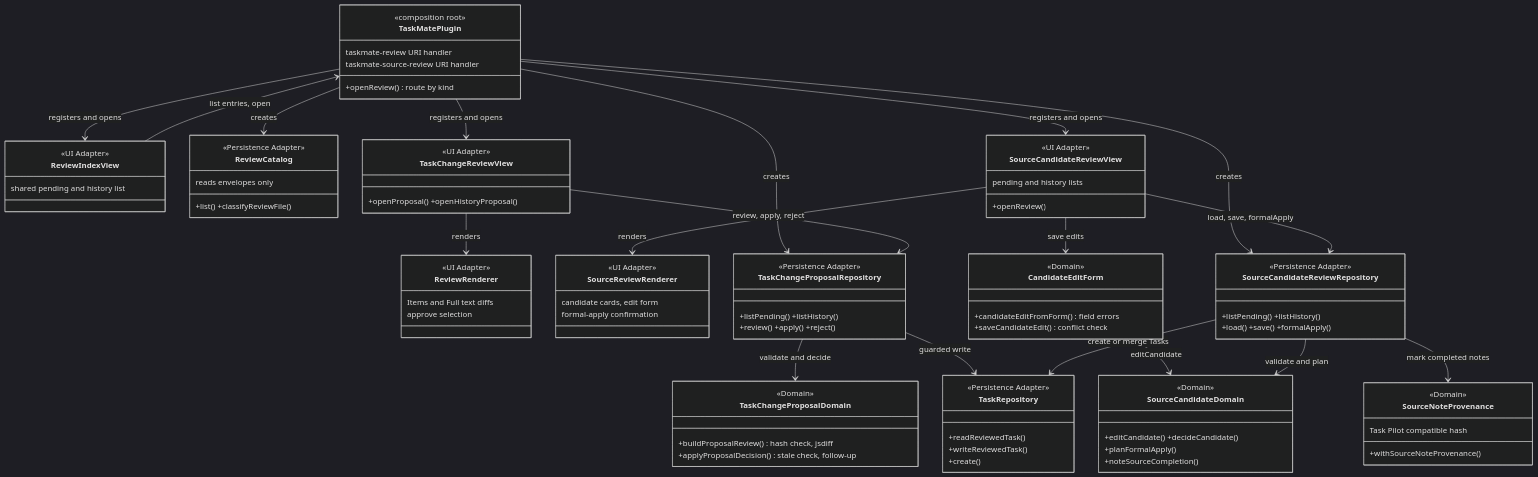
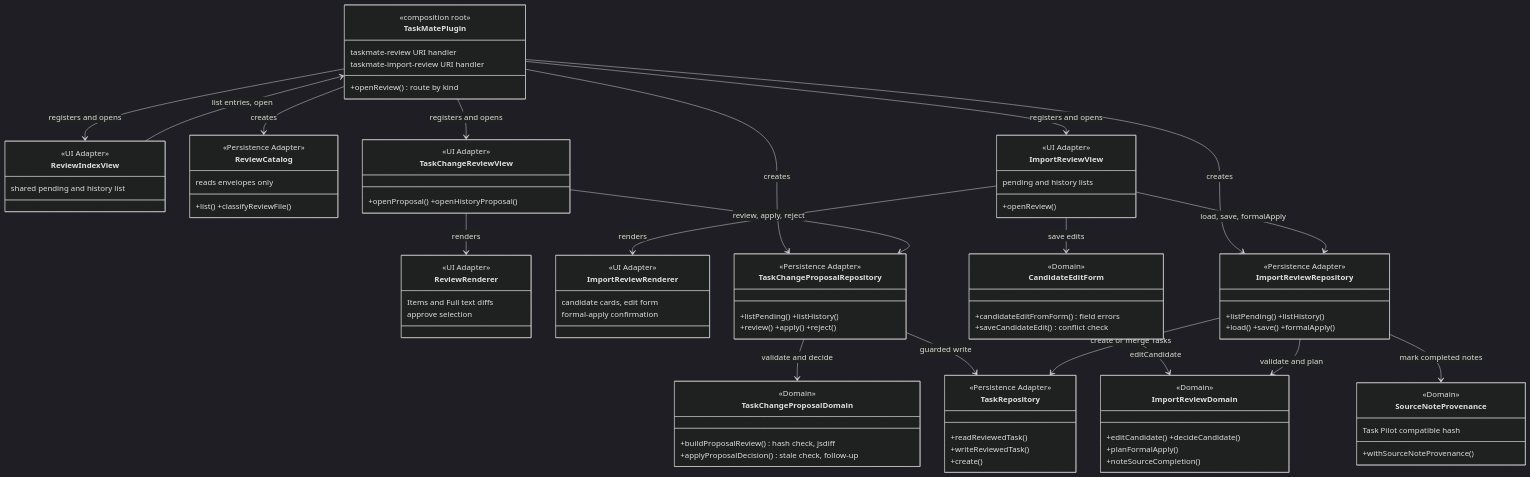
The fourth of 9 diagrams in docs/engineering/design/system-overview.md (tempu-village/taskmate), drawn with Mermaid (dark theme) before and after one commit. The commit also changed other lines of this file and 55 other files, not shown here.

First line of the commit message:
Rename the Source candidate review to Import review

````diff
--- a/docs/engineering/design/system-overview.md
+++ b/docs/engineering/design/system-overview.md
@@ -233,7 +233,7 @@
   class TaskMatePlugin {
     <<composition root>>
     taskmate-review URI handler
-    taskmate-source-review URI handler
+    taskmate-import-review URI handler
     +openReview() route by kind
   }
 
@@ -257,12 +257,12 @@
     approve selection
   }
 
-  class SourceCandidateReviewView {
+  class ImportReviewView {
     <<UI Adapter>>
     pending and history lists
     +openReview()
   }
-  class SourceReviewRenderer {
+  class ImportReviewRenderer {
     <<UI Adapter>>
     candidate cards, edit form
     formal-apply confirmation
@@ -278,7 +278,7 @@
     +buildProposalReview() hash check, jsdiff
     +applyProposalDecision() stale check, follow-up
   }
-  class SourceCandidateDomain {
+  class ImportReviewDomain {
     <<Domain>>
     +editCandidate() +decideCandidate()
     +planFormalApply()
@@ -290,7 +290,7 @@
     +listPending() +listHistory()
     +review() +apply() +reject()
   }
-  class SourceCandidateReviewRepository {
+  class ImportReviewRepository {
     <<Persistence Adapter>>
     +listPending() +listHistory()
     +load() +save() +formalApply()
@@ -317,13 +317,13 @@
   TaskChangeProposalRepository --> TaskChangeProposalDomain : validate and decide
   TaskChangeProposalRepository --> TaskRepository : guarded write
 
-  TaskMatePlugin --> SourceCandidateReviewView : registers and opens
-  TaskMatePlugin --> SourceCandidateReviewRepository : creates
-  SourceCandidateReviewView --> SourceReviewRenderer : renders
-  SourceCandidateReviewView --> CandidateEditForm : save edits
-  SourceCandidateReviewView --> SourceCandidateReviewRepository : load, save, formalApply
-  CandidateEditForm --> SourceCandidateDomain : editCandidate
-  SourceCandidateReviewRepository --> SourceCandidateDomain : validate and plan
-  SourceCandidateReviewRepository --> SourceNoteProvenance : mark completed notes
-  SourceCandidateReviewRepository --> TaskRepository : create or merge Tasks
+  TaskMatePlugin --> ImportReviewView : registers and opens
+  TaskMatePlugin --> ImportReviewRepository : creates
+  ImportReviewView --> ImportReviewRenderer : renders
+  ImportReviewView --> CandidateEditForm : save edits
+  ImportReviewView --> ImportReviewRepository : load, save, formalApply
+  CandidateEditForm --> ImportReviewDomain : editCandidate
+  ImportReviewRepository --> ImportReviewDomain : validate and plan
+  ImportReviewRepository --> SourceNoteProvenance : mark completed notes
+  ImportReviewRepository --> TaskRepository : create or merge Tasks
 ```
````
